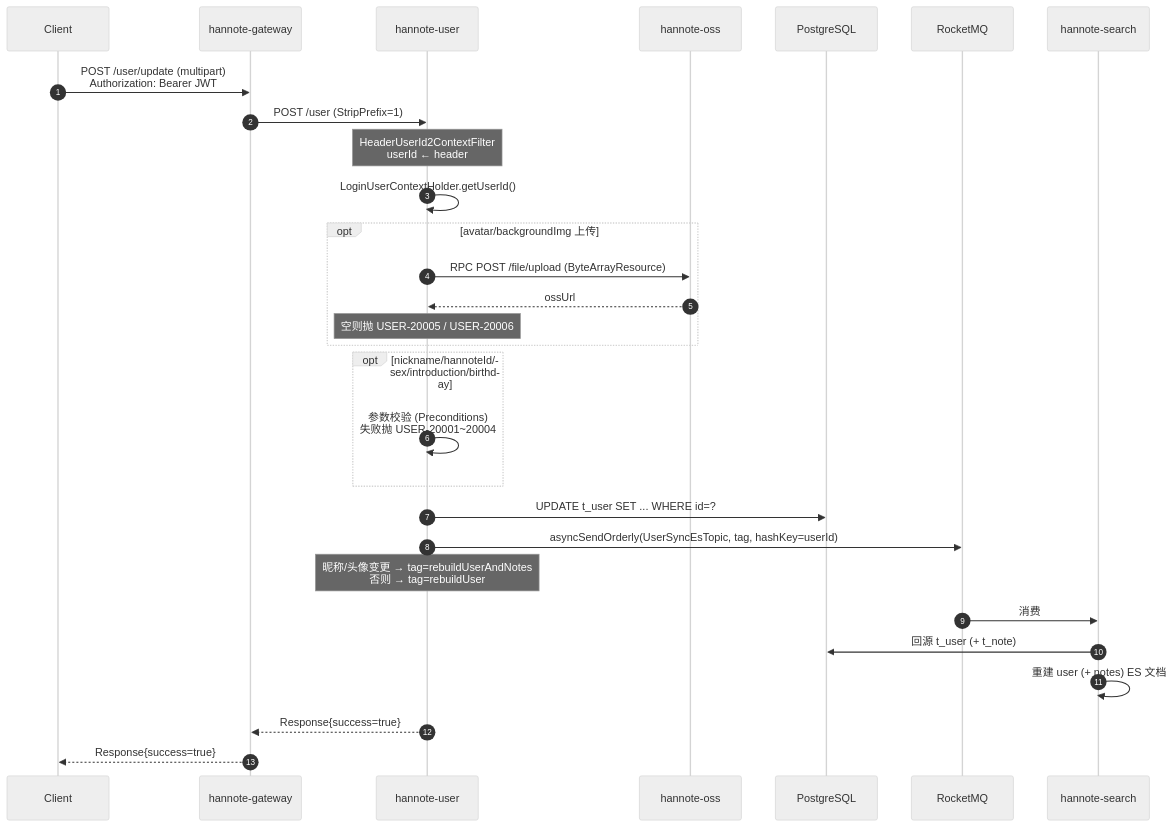
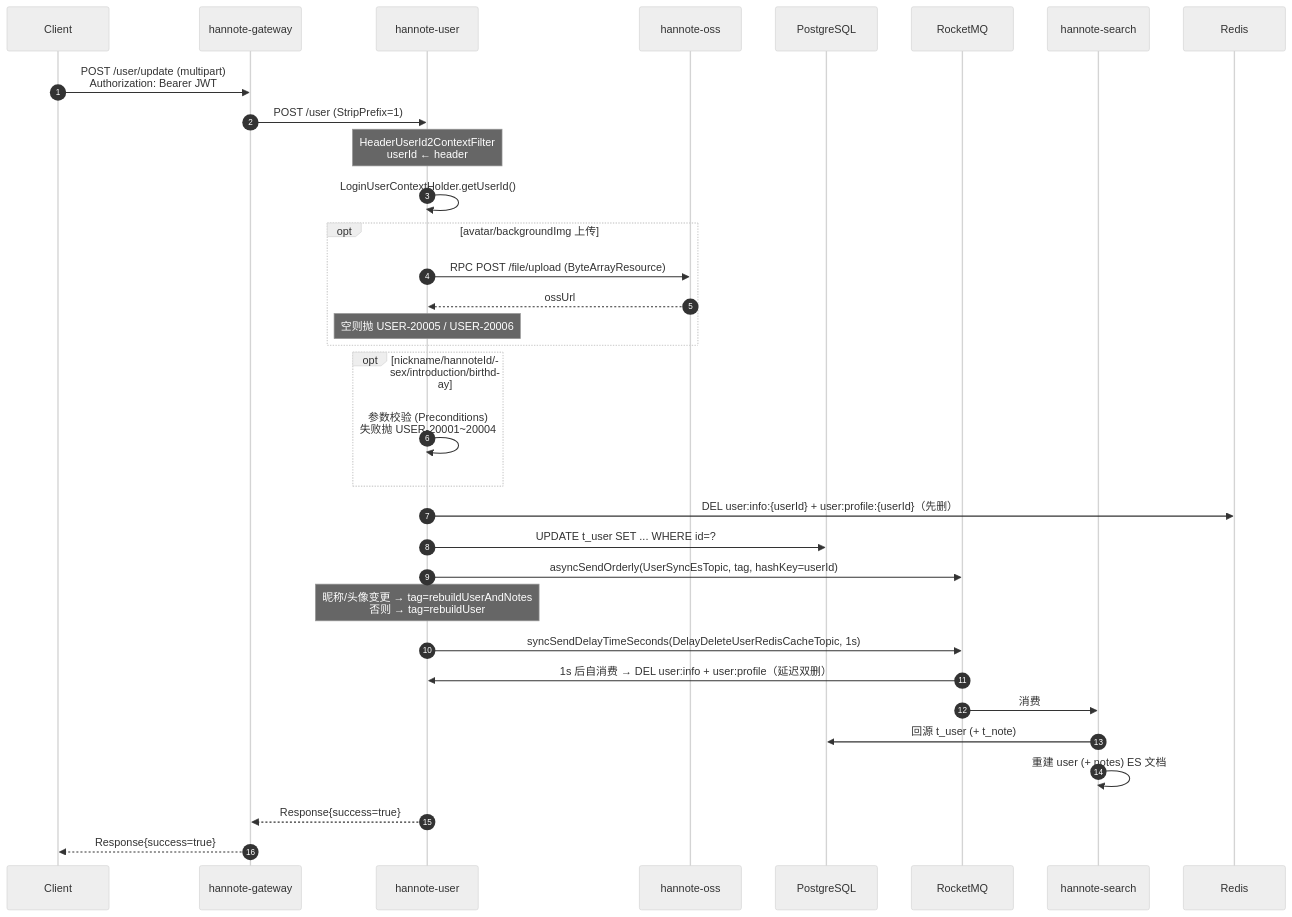
The fourth of 7 diagrams in hannote-user/DESIGN.md (HLKX9178/han-note-2.0), drawn with Mermaid (neutral theme) before and after one commit. The commit also changed other lines of this file and 24 other files, not shown here.

````diff
--- a/hannote-user/DESIGN.md
+++ b/hannote-user/DESIGN.md
@@ -348,35 +387,38 @@
 ```mermaid
 sequenceDiagram
     autonumber
     participant Client
     participant Gateway as hannote-gateway
     participant User as hannote-user
     participant Oss as hannote-oss
     participant PG as PostgreSQL
     participant MQ as RocketMQ
     participant Search as hannote-search
 
     Client->>Gateway: POST /user/update (multipart)<br/>Authorization: Bearer JWT
     Gateway->>User: POST /user (StripPrefix=1)
     Note over User: HeaderUserId2ContextFilter<br/>userId ← header
     User->>User: LoginUserContextHolder.getUserId()
 
     opt avatar/backgroundImg 上传
         User->>Oss: RPC POST /file/upload (ByteArrayResource)
         Oss-->>User: ossUrl
         Note over User: 空则抛 USER-20005 / USER-20006
     end
 
     opt nickname/hannoteId/sex/introduction/birthday
         User->>User: 参数校验 (Preconditions)<br/>失败抛 USER-20001~20004
     end
 
+    User->>Redis: DEL user:info:{userId} + user:profile:{userId}（先删）
     User->>PG: UPDATE t_user SET ... WHERE id=?
     User->>MQ: asyncSendOrderly(UserSyncEsTopic, tag, hashKey=userId)
     Note over User: 昵称/头像变更 → tag=rebuildUserAndNotes<br/>否则 → tag=rebuildUser
+    User->>MQ: syncSendDelayTimeSeconds(DelayDeleteUserRedisCacheTopic, 1s)
+    MQ->>User: 1s 后自消费 → DEL user:info + user:profile（延迟双删）
     MQ->>Search: 消费
     Search->>PG: 回源 t_user (+ t_note)
     Search->>Search: 重建 user (+ notes) ES 文档
     User-->>Gateway: Response{success=true}
     Gateway-->>Client: Response{success=true}
 ```
````
